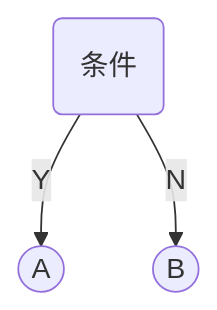
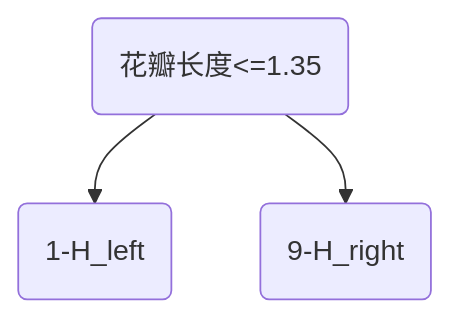
The third of 5 diagrams in docs/b-base/09-决策树.md (hughxusu/lesson-ai), drawn with Mermaid before and after one commit. The commit also changed other lines of this file and 9 other files, not shown here.

````diff
--- a/docs/b-base/09-决策树.md
+++ b/docs/b-base/09-决策树.md
@@ -102,5 +81,5 @@
 ```mermaid
 flowchart TB
-		z(条件)--Y-->a((A))
-		z--N-->b((B))
+		z(花瓣长度<=1.35)-->a(1-H_left)
+		z-->b(9-H_right)
 ```
````
